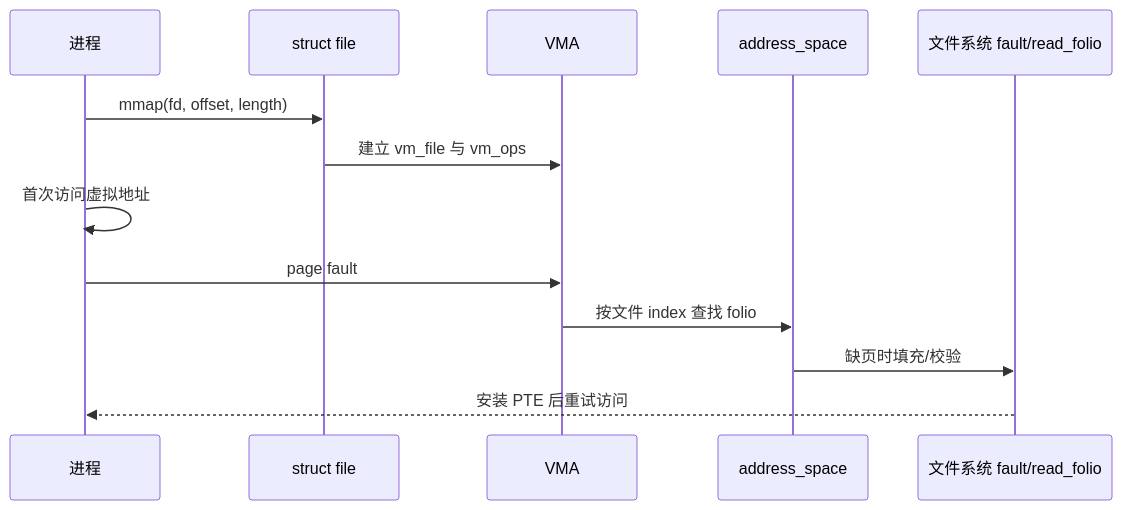
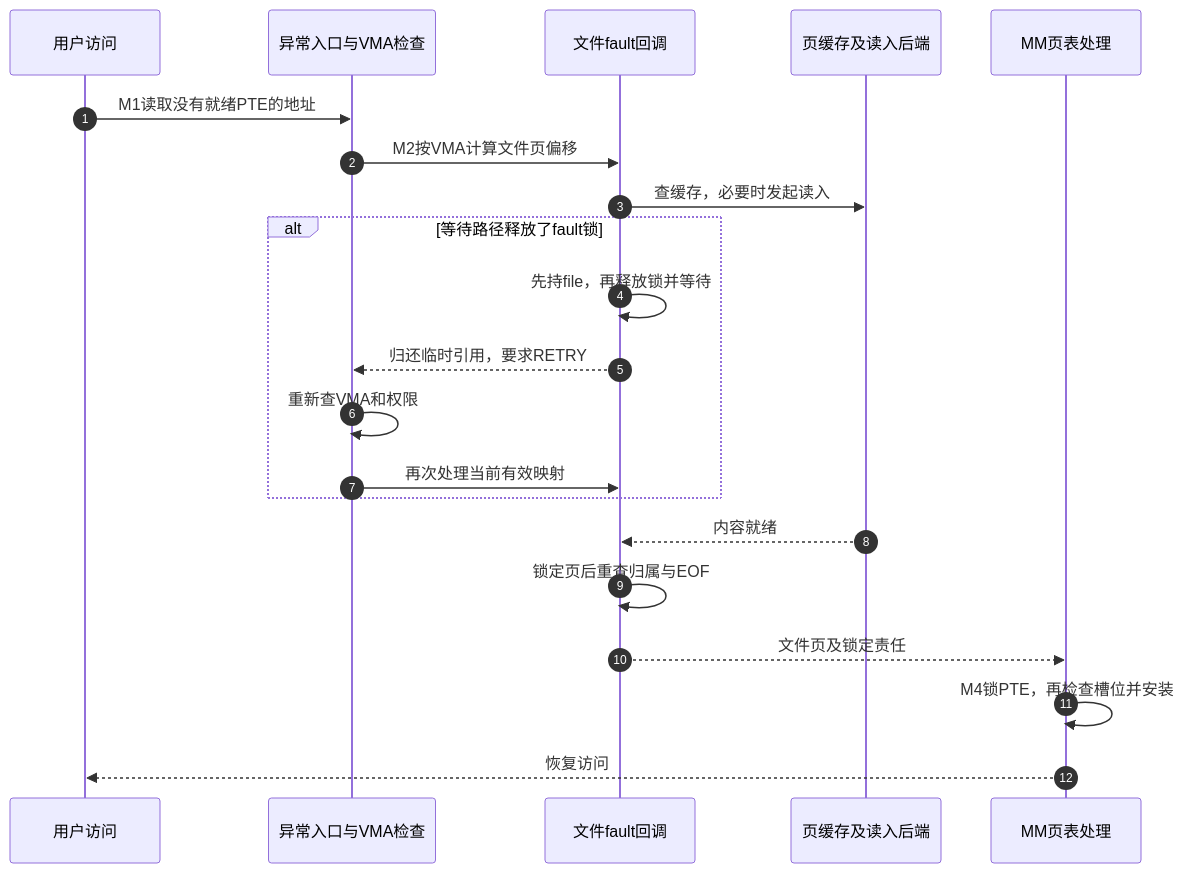
Before and after one commit to FormingSystem/linux_note: the second of 2 diagrams in knowledge/kernel_subsystems/vfs/P18_文件mmap与page_fault.md, drawn with Mermaid. The commit also changed other lines of this file and 23 other files, not shown here.

````diff
--- a/knowledge/kernel_subsystems/vfs/P18_文件mmap与page_fault.md
+++ b/knowledge/kernel_subsystems/vfs/P18_文件mmap与page_fault.md
@@ -15,15 +73,23 @@
 ```mermaid
 sequenceDiagram
-    participant P as 进程
-    participant F as struct file
-    participant V as VMA
-    participant M as address_space
-    participant FS as 文件系统 fault/read_folio
-    P->>F: mmap(fd, offset, length)
-    F->>V: 建立 vm_file 与 vm_ops
-    P->>P: 首次访问虚拟地址
-    P->>V: page fault
-    V->>M: 按文件 index 查找 folio
-    M->>FS: 缺页时填充/校验
-    FS-->>P: 安装 PTE 后重试访问
+    autonumber
+    participant U as 用户访问
+    participant A as 异常入口与VMA检查
+    participant F as 文件fault回调
+    participant C as 页缓存及读入后端
+    participant M as MM页表处理
+    U->>A: M1读取没有就绪PTE的地址
+    A->>F: M2按VMA计算文件页偏移
+    F->>C: 查缓存，必要时发起读入
+    alt 等待路径释放了fault锁
+        F->>F: 先持file，再释放锁并等待
+        F-->>A: 归还临时引用，要求RETRY
+        A->>A: 重新查VMA和权限
+        A->>F: 再次处理当前有效映射
+    end
+    C-->>F: 内容就绪
+    F->>F: 锁定页后重查归属与EOF
+    F-->>M: 文件页及锁定责任
+    M->>M: M4锁PTE，再检查槽位并安装
+    M-->>U: 恢复访问
 ```
````
